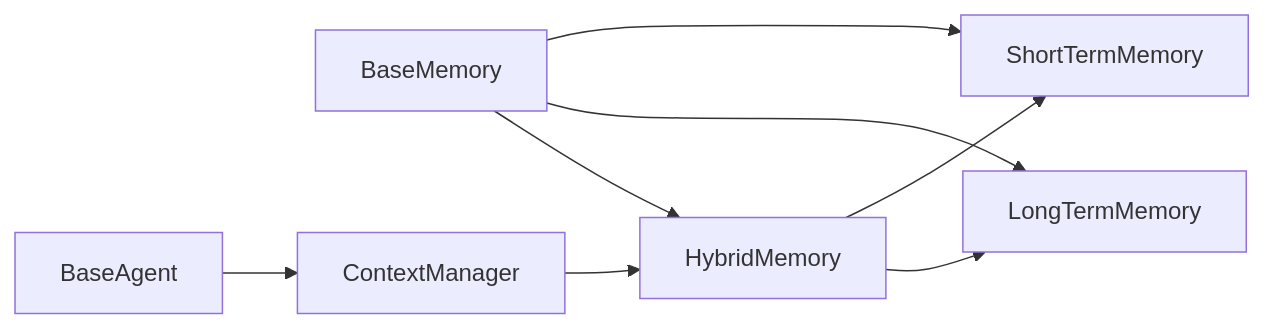
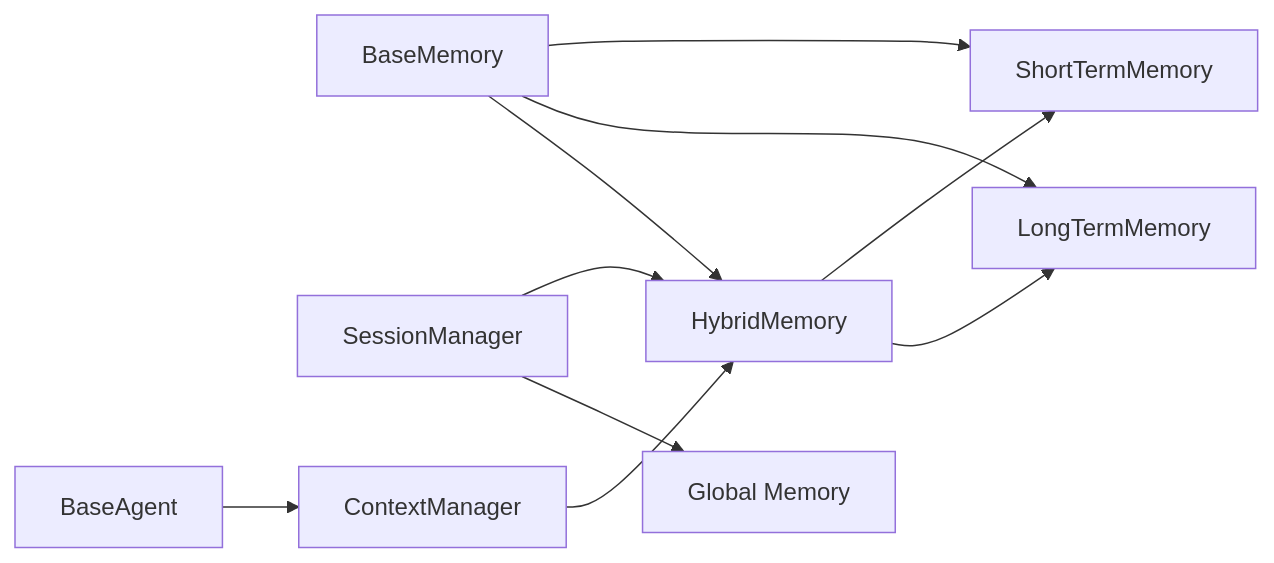
Before and after one commit to 1996Paul-Wen/HarnessAIDemo: the sixth of 6 diagrams in .qoder/repowiki/en/content/Memory System/Memory System.md, drawn with Mermaid. The commit also changed other lines of this file and 4 other files, not shown here.

````diff
--- a/.qoder/repowiki/en/content/Memory System/Memory System.md
+++ b/.qoder/repowiki/en/content/Memory System/Memory System.md
@@ -298,10 +399,12 @@
 ```mermaid
 graph LR
 Base["BaseMemory"] --> STM["ShortTermMemory"]
 Base --> LTM["LongTermMemory"]
 Base --> HYB["HybridMemory"]
 HYB --> STM
 HYB --> LTM
+Sess["SessionManager"] --> HYB
+Sess --> Glob["Global Memory"]
 Ctx["ContextManager"] --> HYB
 Agent["BaseAgent"] --> Ctx
 ```
````
